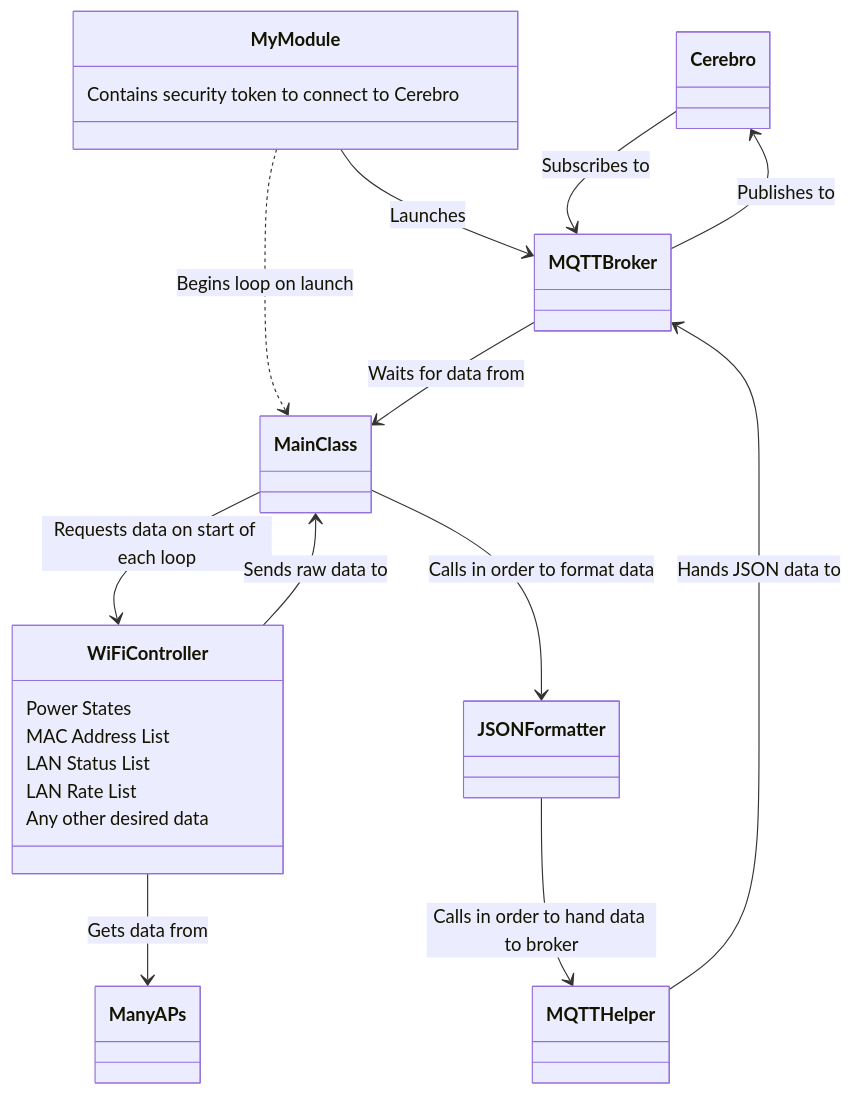
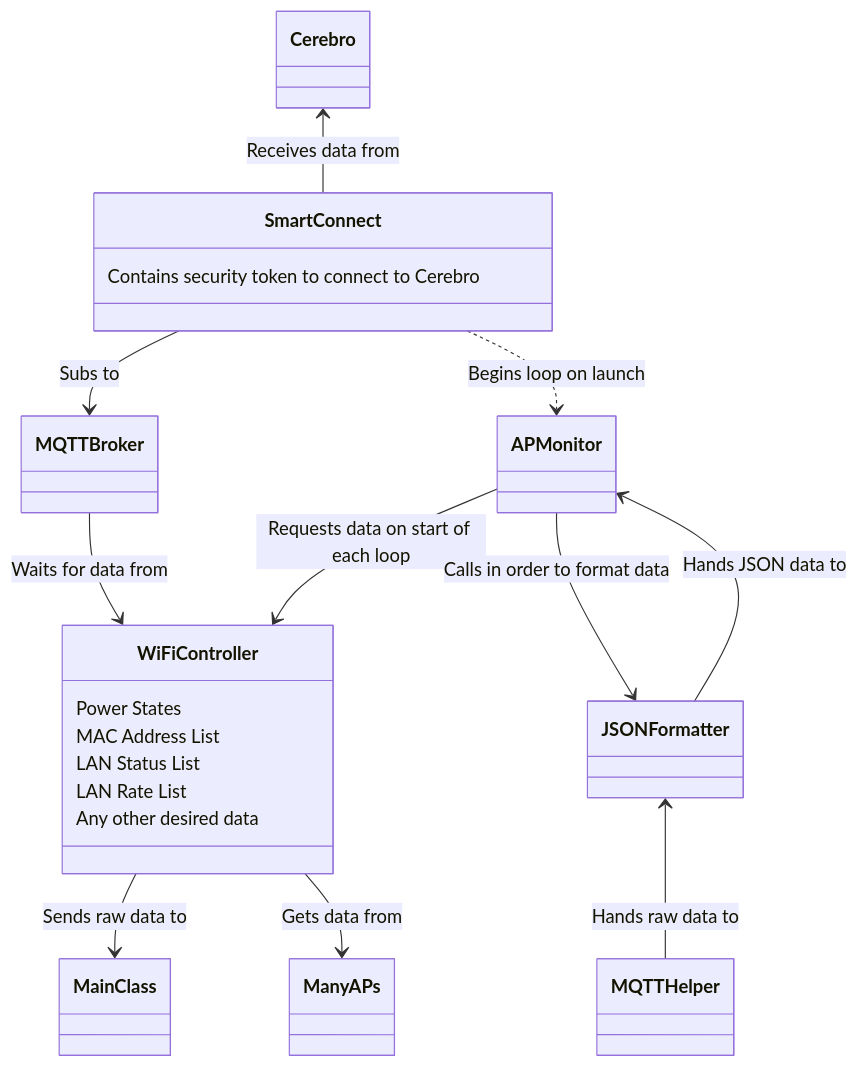
The second of 2 diagrams in ZCom AP Project.md (nicholasverdugo/Obsidian), drawn with Mermaid before and after one commit. The commit also changed other lines of this file and 1 other file, not shown here.

````diff
--- a/ZCom AP Project.md
+++ b/ZCom AP Project.md
@@ -46,20 +46,19 @@
 ```mermaid
 classDiagram
-MyModule-->MQTT Broker : Launches
-MyModule : Contains security token to connect to Cerebro
-MyModule..>Main Class : Begins loop on launch
-MQTT Broker-->Main Class : Waits for data from
-Cerebro-->MQTT Broker : Subscribes to
-Cerebro<--MQTT Broker : Publishes to
-Main Class-->WiFiController : Requests data on start of each loop
+SmartConnect-->MQTT Broker : Subs to
+SmartConnect : Contains security token to connect to Cerebro
+SmartConnect..>APMonitor : Begins loop on launch
+MQTT Broker-->WiFiController : Waits for data from
+Cerebro<--SmartConnect : Receives data from
+APMonitor-->WiFiController : Requests data on start of each loop
 WiFiController : Power States
 WiFiController : MAC Address List
 WiFiController : LAN Status List
 WiFiController : LAN Rate List
 WiFiController : Any other desired data
 WiFiController-->Main Class : Sends raw data to
-Main Class-->JSONFormatter : Calls in order to format data
-JSONFormatter-->MQTTHelper : Calls in order to hand data to broker
-MQTTHelper-->MQTT Broker : Hands JSON data to
+APMonitor-->JSONFormatter : Calls in order to format data
+JSONFormatter<--MQTTHelper : Hands raw data to
+JSONFormatter-->APMonitor : Hands JSON data to
 WiFiController-->Many APs : Gets data from
 ```
````
